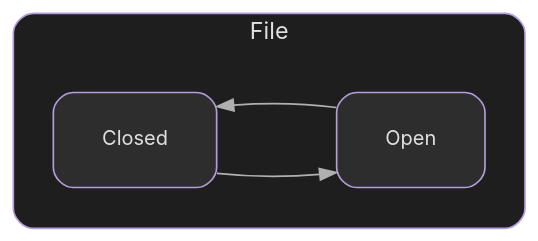
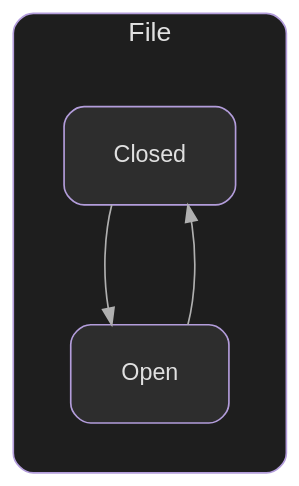
The first of 2 diagrams in docs/guide/visualization.md (elijahr/nim-typestates), drawn with Graphviz before and after one commit. The commit also changed other lines of this file and 12 other files, not shown here.

First line of the commit message:
feat(cli): add splines mode and edge distribution for cleaner diagrams

````diff
--- a/docs/guide/visualization.md
+++ b/docs/guide/visualization.md
@@ -53,30 +79,32 @@
 ```dot
 digraph {
-  rankdir=LR;
-  splines=polyline;
-  nodesep=0.8;
+  rankdir=TB;
+  splines=spline;
+  compound=true;
+  nodesep=1.0;
   ranksep=1.0;
   bgcolor="transparent";
-  pad=1.0;
+  pad=0.3;
 
-  node [shape=box, style="rounded,filled", fillcolor="#2d2d2d", color="#b39ddb", fontcolor="#e0e0e0", fontname="Inter", fontsize=12, margin="0.4,0.3"];
-  edge [fontname="Inter", fontsize=9, color="#b0b0b0"];
+  node [shape=box, style="rounded,filled", fillcolor="#2d2d2d", color="#b39ddb", fontcolor="#e0e0e0", fontname="sans-serif", fontsize=14, margin="0.4,0.3"];
+  edge [fontname="sans-serif", fontsize=11, color="#b0b0b0"];
 
   subgraph cluster_File {
     label="File";
-    fontname="Inter";
-    fontsize=14;
+    fontname="sans-serif";
+    fontsize=16;
     fontcolor="#e0e0e0";
+    labelloc=t;
     style="rounded";
     color="#b39ddb";
     bgcolor="#1e1e1e";
-    margin=24;
+    margin=30;
 
     Closed;
     Open;
 
     Closed -> Open;
     Open -> Closed;
   }
 }
 ```
````
